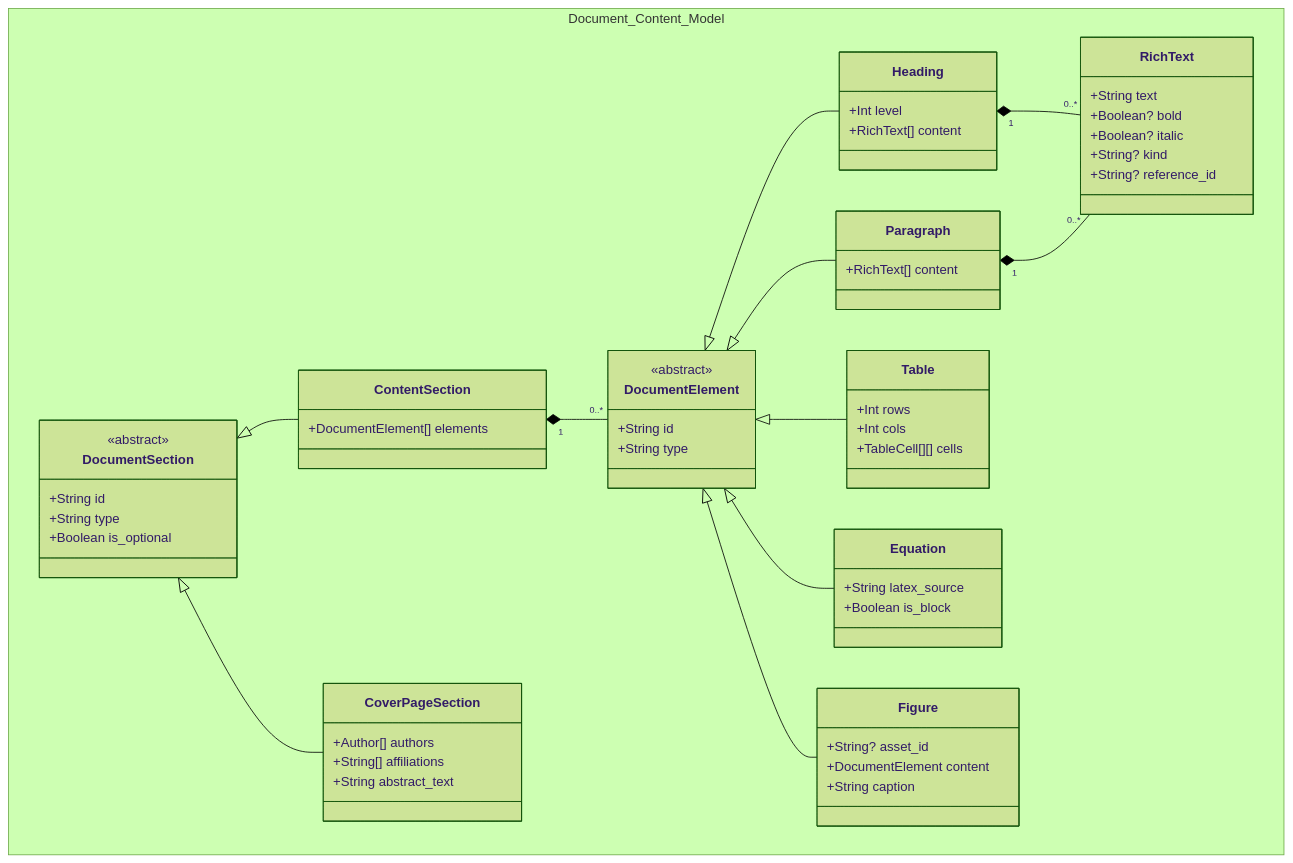
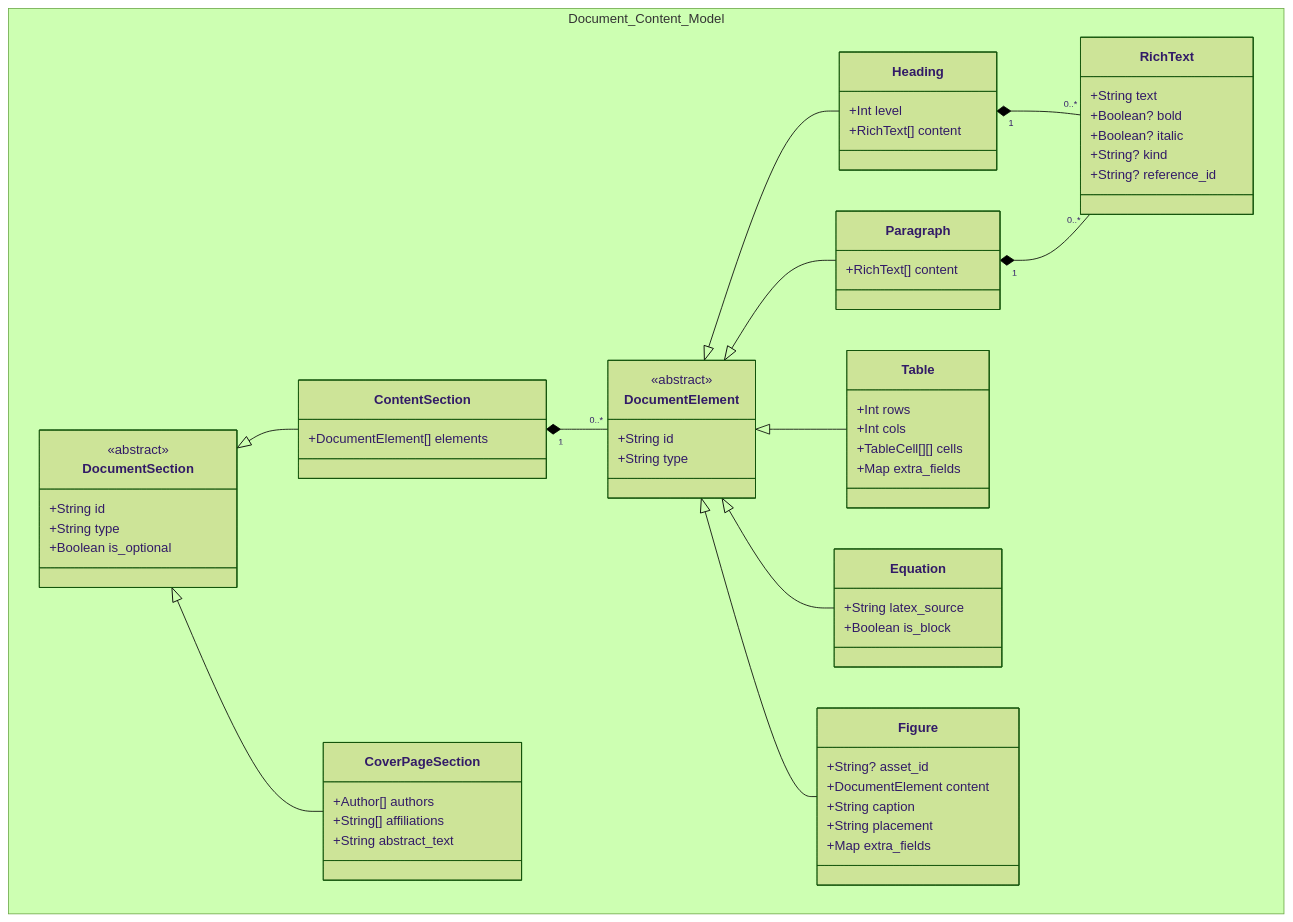
Before and after one commit to andmoreduro/ergo: the second of 5 diagrams in context/class-diagrams.md, drawn with Mermaid (forest theme). The commit also changed other lines of this file and 74 other files, not shown here.

````diff
--- a/context/class-diagrams.md
+++ b/context/class-diagrams.md
@@ -71,72 +71,75 @@
 ```mermaid
 classDiagram
     namespace Document_Content_Model {
         class DocumentSection {
             <<abstract>>
             +String id
             +String type
             +Boolean is_optional
         }
 
         class ContentSection {
             +DocumentElement[] elements
         }
 
         class CoverPageSection {
             +Author[] authors
             +String[] affiliations
             +String abstract_text
         }
 
         class DocumentElement {
             <<abstract>>
             +String id
             +String type
         }
 
         class Heading {
             +Int level
             +RichText[] content
         }
 
         class Paragraph {
             +RichText[] content
         }
 
         class RichText {
             +String text
             +Boolean? bold
             +Boolean? italic
             +String? kind
             +String? reference_id
         }
 
         class Table {
             +Int rows
             +Int cols
             +TableCell[][] cells
+            +Map extra_fields
         }
 
         class Equation {
             +String latex_source
             +Boolean is_block
         }
 
         class Figure {
             +String? asset_id
             +DocumentElement content
             +String caption
+            +String placement
+            +Map extra_fields
         }
     }
 
     DocumentSection <|-- ContentSection
     DocumentSection <|-- CoverPageSection
     ContentSection "1" *-- "0..*" DocumentElement
     DocumentElement <|-- Heading
     DocumentElement <|-- Paragraph
     DocumentElement <|-- Table
     DocumentElement <|-- Equation
     DocumentElement <|-- Figure
     Heading "1" *-- "0..*" RichText
     Paragraph "1" *-- "0..*" RichText
 ```
````
